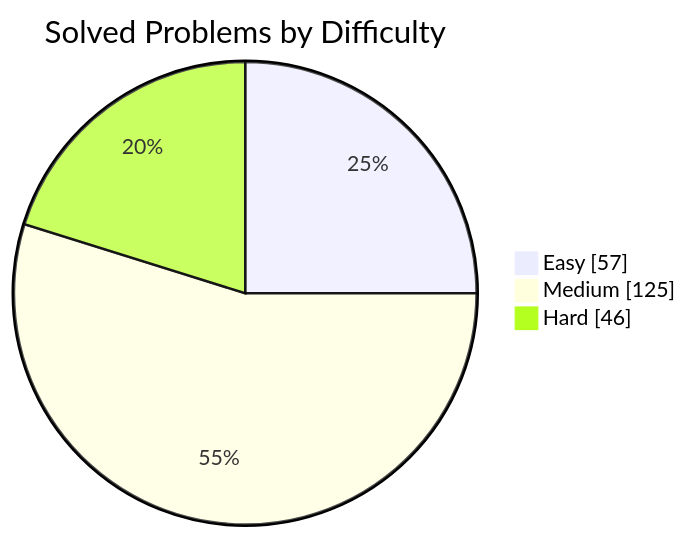
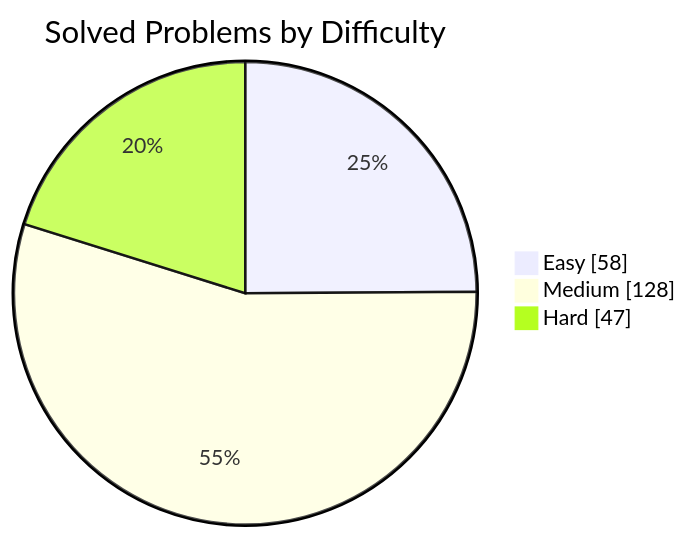
Before and after one commit to manikantbindass/DSA-Preparation-FAANG: the first of 2 diagrams in README.md, drawn with Mermaid. The commit also changed other lines of this file and 1 other file, not shown here.

````diff
--- a/README.md
+++ b/README.md
@@ -40,7 +40,7 @@
 ```mermaid
 pie showData
     title Solved Problems by Difficulty
-    "Easy" : 57
-    "Medium" : 125
-    "Hard" : 46
+    "Easy" : 58
+    "Medium" : 128
+    "Hard" : 47
 ```
````
